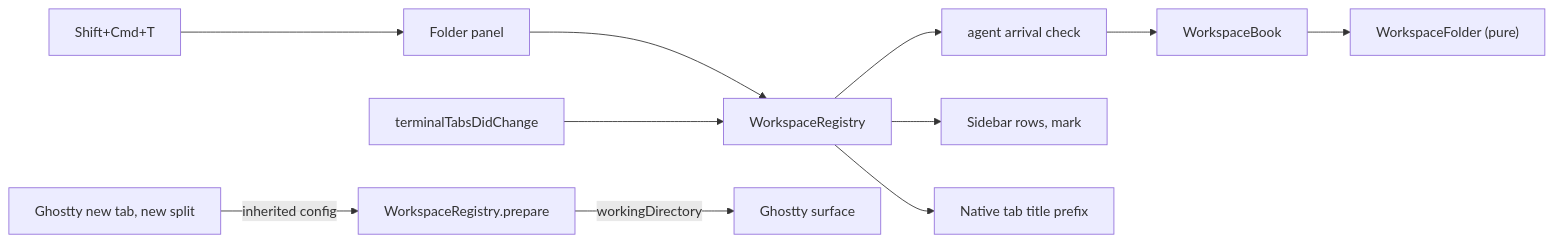
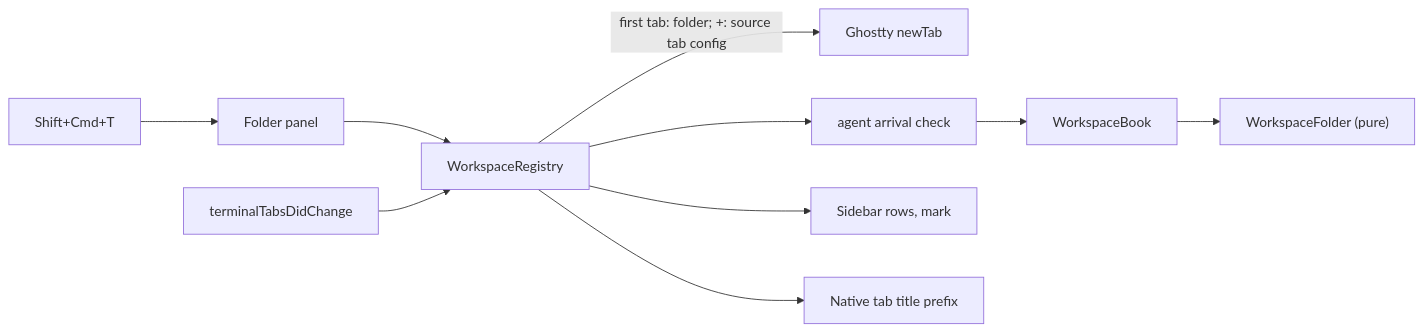
One commit to daniil4545/tarn changed the diagram in docs/specs/workspace-folder.md. Above: the diagram before and after it, drawn with Mermaid. The commit also changed other lines of this file and 14 other files, not shown here.

First line of the commit message:
refactor(workspace): drop prepare, "+" inherits from a tab of its workspace

````diff
--- a/docs/specs/workspace-folder.md
+++ b/docs/specs/workspace-folder.md
@@ -26,13 +26,12 @@
 ```mermaid
 flowchart LR
   user["Shift+Cmd+T"] --> panel["Folder panel"]
   panel --> reg["WorkspaceRegistry"]
-  newsurf["Ghostty new tab, new split"] -->|"inherited config"| cfg["WorkspaceRegistry.prepare"]
-  cfg -->|"workingDirectory"| ghostty["Ghostty surface"]
+  reg -->|"first tab: folder; +: source tab config"| ghostty["Ghostty newTab"]
   tabs["terminalTabsDidChange"] --> reg
   reg --> arrive["agent arrival check"]
   arrive --> book["WorkspaceBook"]
   book --> folder["WorkspaceFolder (pure)"]
   reg --> side["Sidebar rows, mark"]
   reg --> label["Native tab title prefix"]
 ```
````
